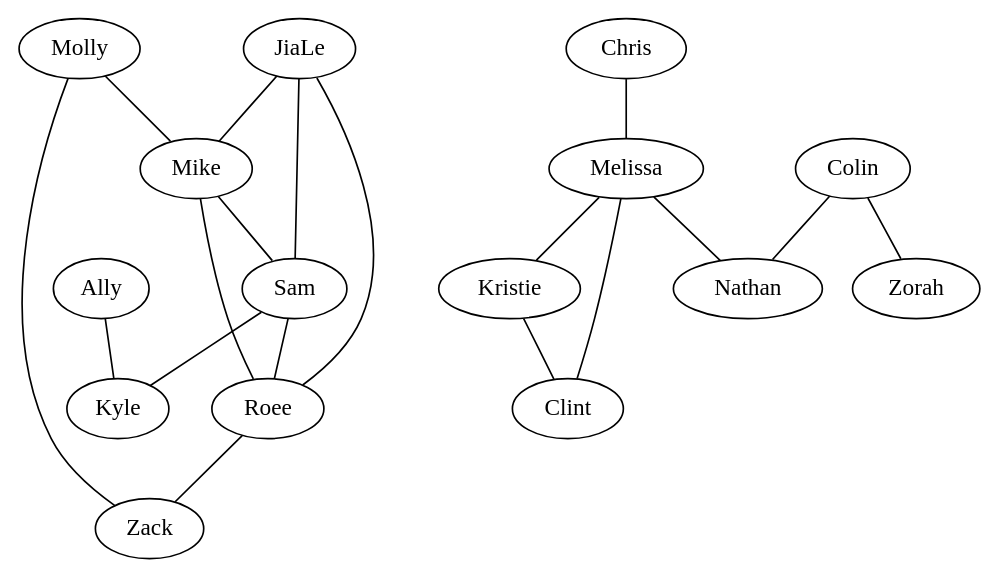
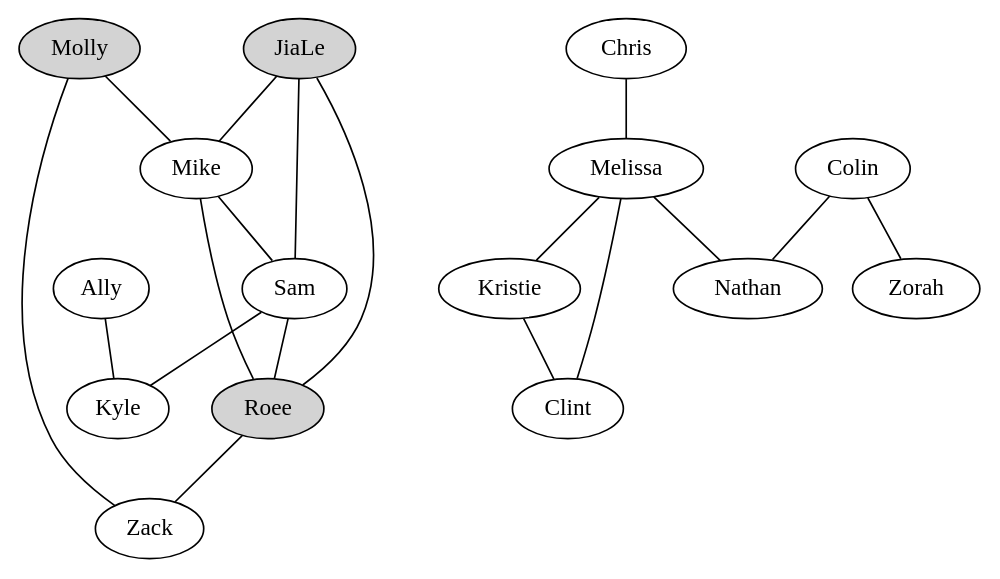
The diagram in friends.dot (xamgems/consort-serve), drawn with Graphviz before and after one commit. The commit also changed 2 other files, not shown here.

```diff
--- a/friends.dot
+++ b/friends.dot
@@ -1,20 +1,23 @@
 graph {
-      JiaLe -- Mike
-      Roee -- Zack
-      Molly -- Zack
-      Chris -- Melissa
-      Melissa -- Nathan
-      Sam -- Roee
-      Colin -- Zorah
-      Ally -- Kyle
-      JiaLe -- Sam
-      Roee -- JiaLe
-      Kristie -- Clint
-      Clint -- Melissa
-      Melissa -- Kristie
-	  Colin -- Nathan
-	  Molly -- Mike
-	  Sam -- Kyle
-	  Roee -- Mike
-	  Mike -- Sam
+    JiaLe[style=filled]
+    Roee[style=filled]
+    Molly[style=filled]
+    JiaLe -- Mike
+    Roee -- Zack
+    Molly -- Zack
+    Chris -- Melissa
+    Melissa -- Nathan
+    Sam -- Roee
+    Colin -- Zorah
+    Ally -- Kyle
+    JiaLe -- Sam
+    Roee -- JiaLe
+    Kristie -- Clint
+    Clint -- Melissa
+    Melissa -- Kristie
+	Colin -- Nathan
+	Molly -- Mike
+	Sam -- Kyle
+	Roee -- Mike
+	Mike -- Sam
 }
```
